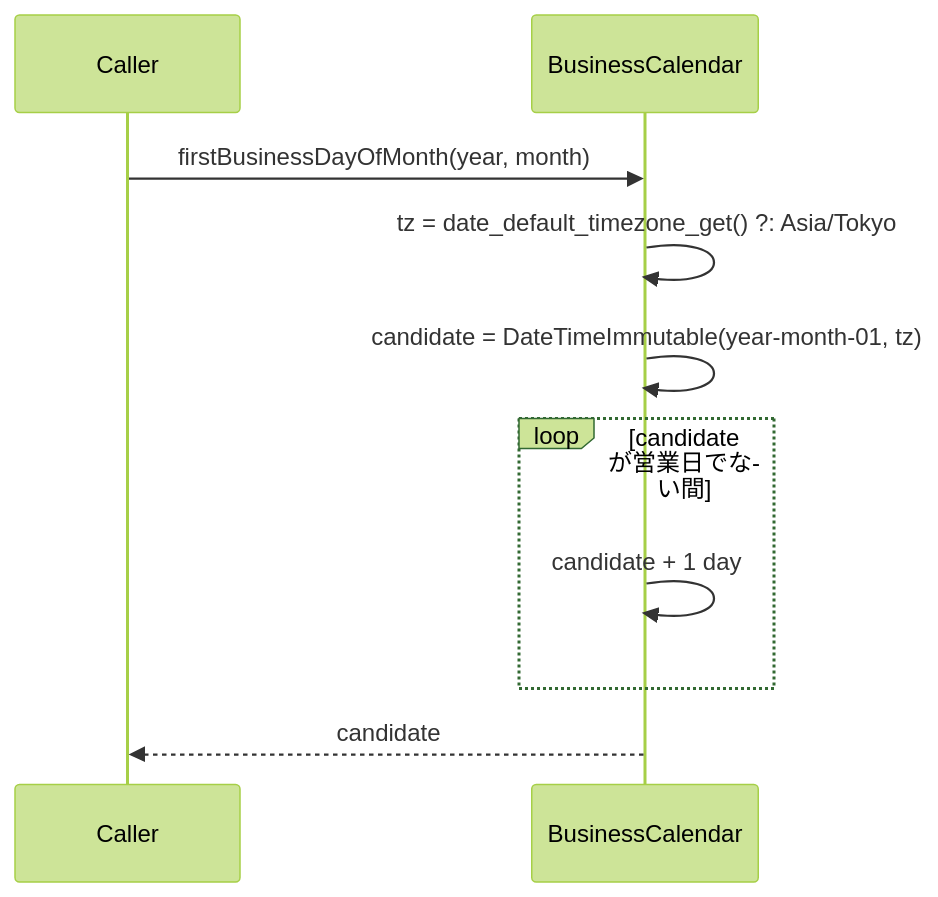
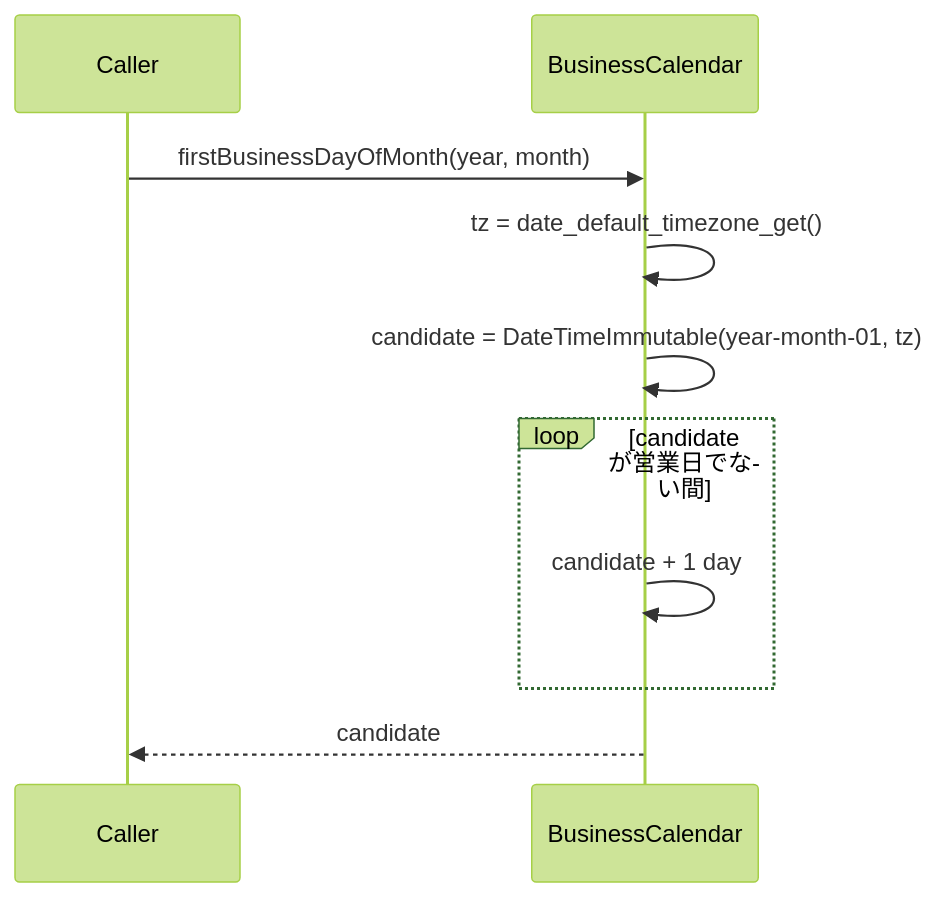
One commit to taku-o/php-heijitu changed the third of 3 diagrams in .kiro/specs/step2-holidayjp/design.md. Above: the diagram before and after it, drawn with Mermaid (forest theme). The commit also changed other lines of this file and 4 other files, not shown here.

````diff
--- a/.kiro/specs/step2-holidayjp/design.md
+++ b/.kiro/specs/step2-holidayjp/design.md
@@ -158,13 +158,13 @@
 ```mermaid
 sequenceDiagram
     participant Caller
     participant BC as BusinessCalendar
 
     Caller->>BC: firstBusinessDayOfMonth(year, month)
-    BC->>BC: tz = date_default_timezone_get() ?: Asia/Tokyo
+    BC->>BC: tz = date_default_timezone_get()
     BC->>BC: candidate = DateTimeImmutable(year-month-01, tz)
     loop candidate が営業日でない間
         BC->>BC: candidate + 1 day
     end
     BC-->>Caller: candidate
 ```
````
